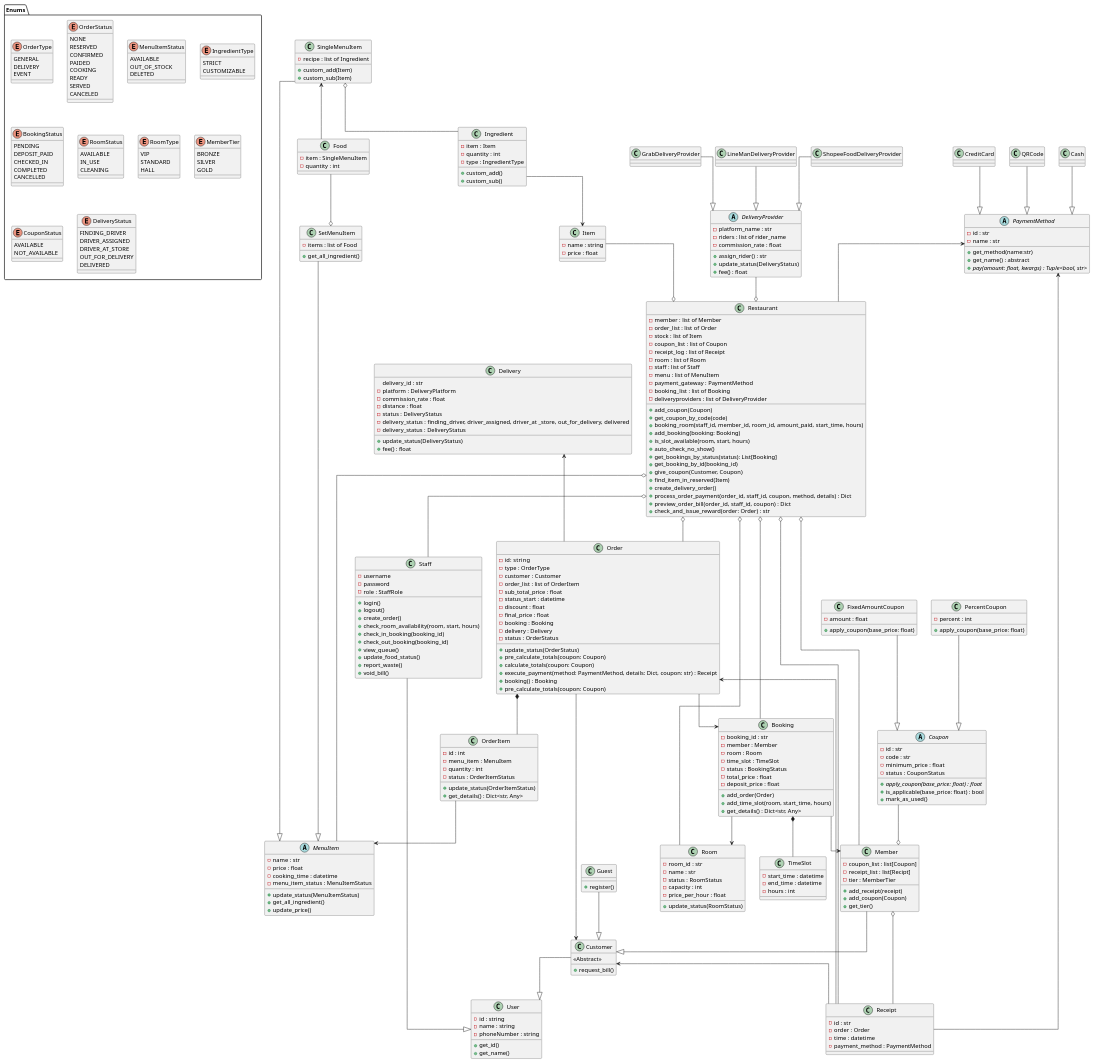
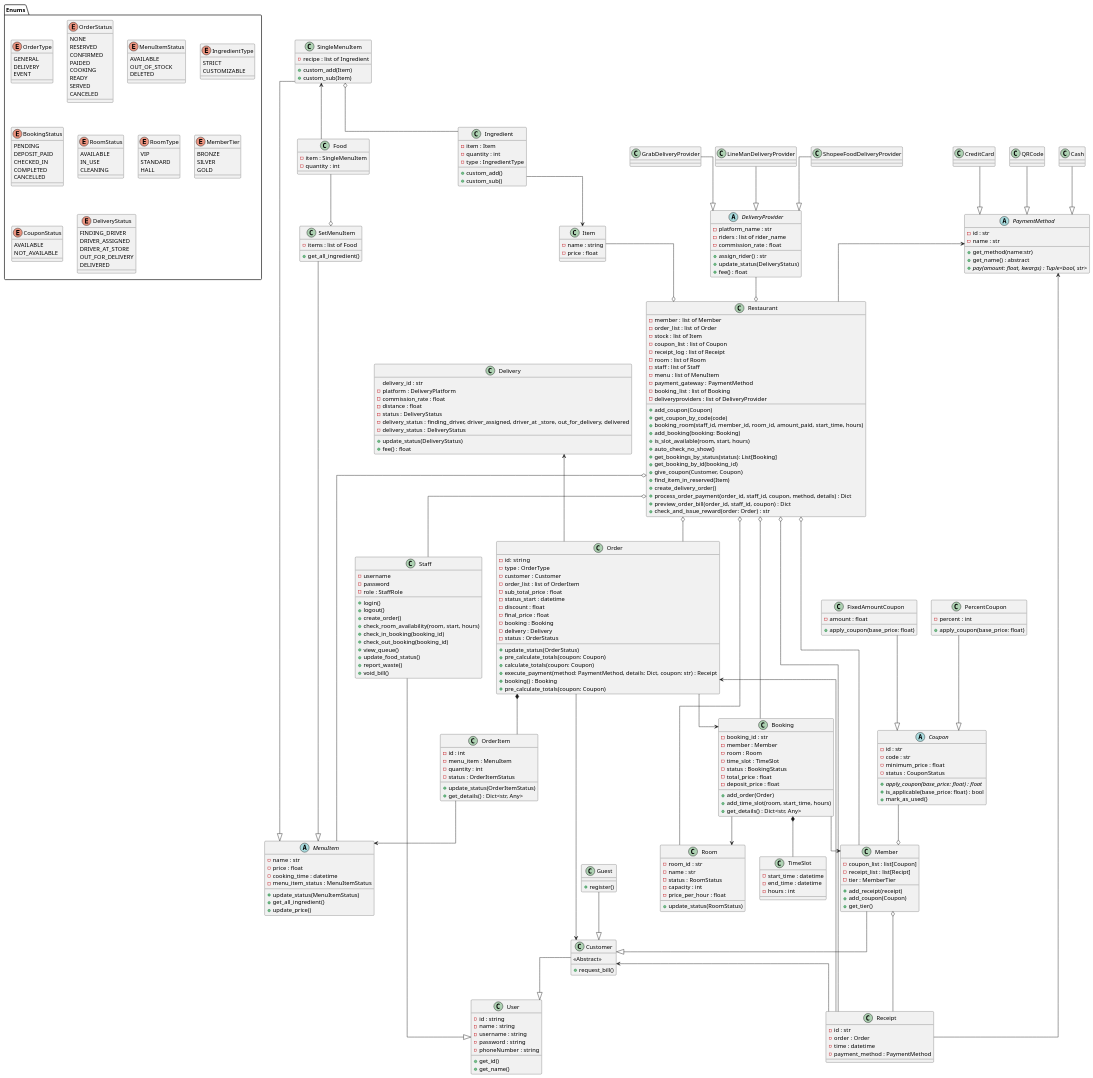
One commit to twrrippy/knight-chicken-oop changed the diagram in shared/doc/class_diagram.puml. Above: the diagram before and after it, drawn with PlantUML.

Commit message:
docs: Add username and password fields to the User class in the class diagram.

```diff
--- a/shared/doc/class_diagram.puml
+++ b/shared/doc/class_diagram.puml
@@ -33,6 +33,8 @@
 class User{
     - id : string
     - name : string
+    - username : string
+    - password : string
     - phoneNumber : string
     + get_id()
     + get_name()
```
